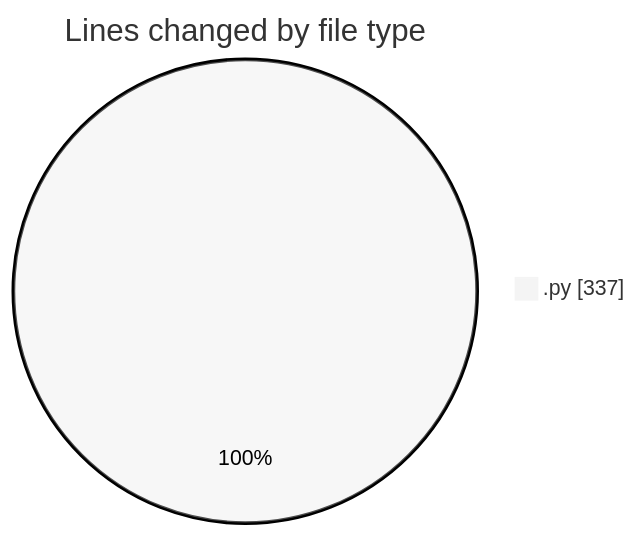
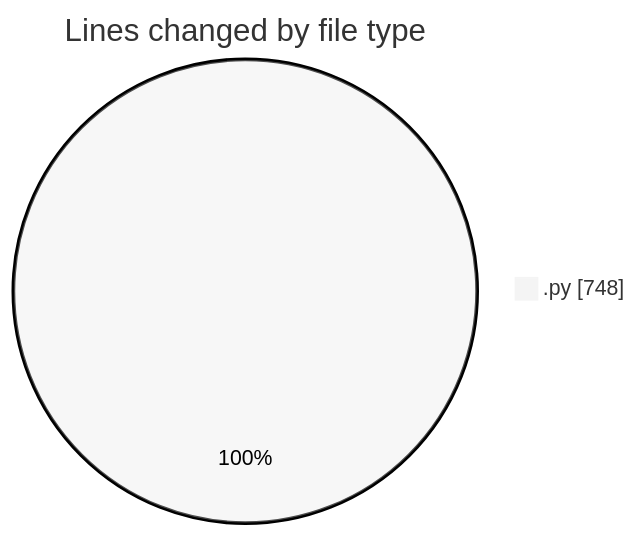
One commit to trdunsworth/code-tracking changed the first of 2 diagrams in 2025-04-24/synth_911data_gen/README.md. Above: the diagram before and after it, drawn with Mermaid (neutral theme). The commit also changed other lines of this file and 1 other file, not shown here.

````diff
--- a/2025-04-24/synth_911data_gen/README.md
+++ b/2025-04-24/synth_911data_gen/README.md
@@ -20,5 +21,5 @@
 ```mermaid
 pie showData
 title Lines changed by file type
-".py" : 337
+".py" : 748
 ```
````
